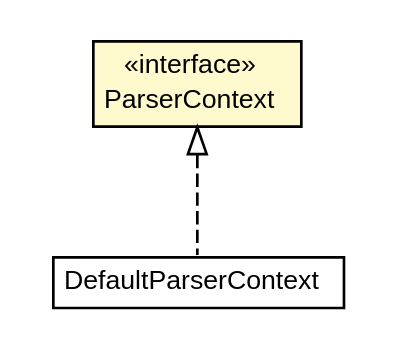
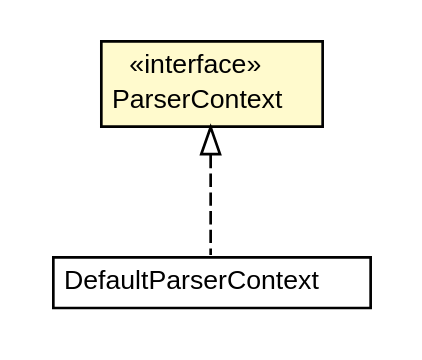
Before and after one commit to trajano/jetng: the diagram in jetng-core/apidocs/net/trajano/jetng/ParserContext.dot, drawn with Graphviz. The commit also changed 185 other files, not shown here.

```diff
--- a/jetng-core/apidocs/net/trajano/jetng/ParserContext.dot
+++ b/jetng-core/apidocs/net/trajano/jetng/ParserContext.dot
@@ -1,27 +1,27 @@
 #!/usr/local/bin/dot
 #
 # Class diagram 
 # Generated by UMLGraph version R5_6-24-gf6e263 (http://www.umlgraph.org/)
 #
 
 digraph G {
-	edge [fontname="arial",fontsize=10,labelfontname="arial",labelfontsize=10];
-	node [fontname="arial",fontsize=10,shape=plaintext];
+	edge [fontname="Helvetica",fontsize=10,labelfontname="Helvetica",labelfontsize=10];
+	node [fontname="Helvetica",fontsize=10,shape=plaintext];
 	nodesep=0.25;
 	ranksep=0.5;
 	// net.trajano.jetng.ParserContext
-	c163 [label=<<table title="net.trajano.jetng.ParserContext" border="0" cellborder="1" cellspacing="0" cellpadding="2" port="p" bgcolor="lemonChiffon" href="./ParserContext.html">
+	c170 [label=<<table title="net.trajano.jetng.ParserContext" border="0" cellborder="1" cellspacing="0" cellpadding="2" port="p" bgcolor="lemonChiffon" href="./ParserContext.html">
 		<tr><td><table border="0" cellspacing="0" cellpadding="1">
 <tr><td align="center" balign="center"> &#171;interface&#187; </td></tr>
 <tr><td align="center" balign="center"> ParserContext </td></tr>
 		</table></td></tr>
-		</table>>, URL="./ParserContext.html", fontname="arial", fontcolor="black", fontsize=10.0];
+		</table>>, URL="./ParserContext.html", fontname="Helvetica", fontcolor="black", fontsize=10.0];
 	// net.trajano.jetng.internal.DefaultParserContext
-	c174 [label=<<table title="net.trajano.jetng.internal.DefaultParserContext" border="0" cellborder="1" cellspacing="0" cellpadding="2" port="p" href="./internal/DefaultParserContext.html">
+	c172 [label=<<table title="net.trajano.jetng.internal.DefaultParserContext" border="0" cellborder="1" cellspacing="0" cellpadding="2" port="p" href="./internal/DefaultParserContext.html">
 		<tr><td><table border="0" cellspacing="0" cellpadding="1">
 <tr><td align="center" balign="center"> DefaultParserContext </td></tr>
 		</table></td></tr>
-		</table>>, URL="./internal/DefaultParserContext.html", fontname="arial", fontcolor="black", fontsize=10.0];
+		</table>>, URL="./internal/DefaultParserContext.html", fontname="Helvetica", fontcolor="black", fontsize=10.0];
 	//net.trajano.jetng.internal.DefaultParserContext implements net.trajano.jetng.ParserContext
-	c163:p -> c174:p [dir=back,arrowtail=empty,style=dashed];
+	c170:p -> c172:p [dir=back,arrowtail=empty,style=dashed];
 }
```
